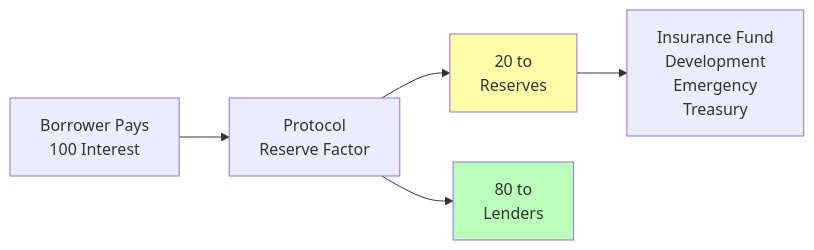
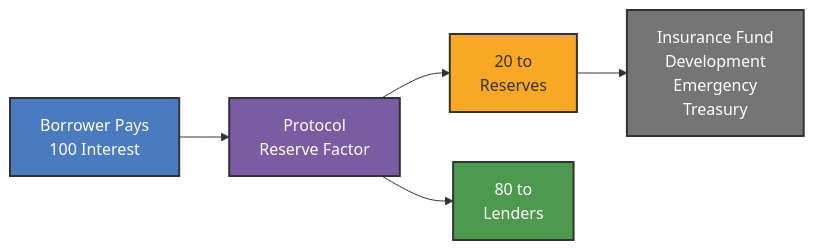
Before and after one commit to onflow/docs: the seventh of 7 diagrams in docs/defi/alp/credit-market-mechanics.md, drawn with Mermaid. The commit also changed other lines of this file and 12 other files, not shown here.

````diff
--- a/docs/defi/alp/credit-market-mechanics.md
+++ b/docs/defi/alp/credit-market-mechanics.md
@@ -282,11 +282,14 @@
 ```mermaid
 graph LR
     Borrower[Borrower Pays<br/>100 Interest] --> Protocol[Protocol<br/>Reserve Factor]
     Protocol --> Reserve[20 to<br/>Reserves]
     Protocol --> Lender[80 to<br/>Lenders]
 
     Reserve --> Uses[Insurance Fund<br/>Development<br/>Emergency<br/>Treasury]
 
-    style Reserve fill:#ffa
-    style Lender fill:#bfb
+    style Borrower fill:#4a7abf,stroke:#333,stroke-width:2px,color:#fff
+    style Protocol fill:#7b5ba1,stroke:#333,stroke-width:2px,color:#fff
+    style Reserve fill:#f9a825,stroke:#333,stroke-width:2px
+    style Lender fill:#4d994d,stroke:#333,stroke-width:2px,color:#fff
+    style Uses fill:#757575,stroke:#333,stroke-width:2px,color:#fff
 ```
````
